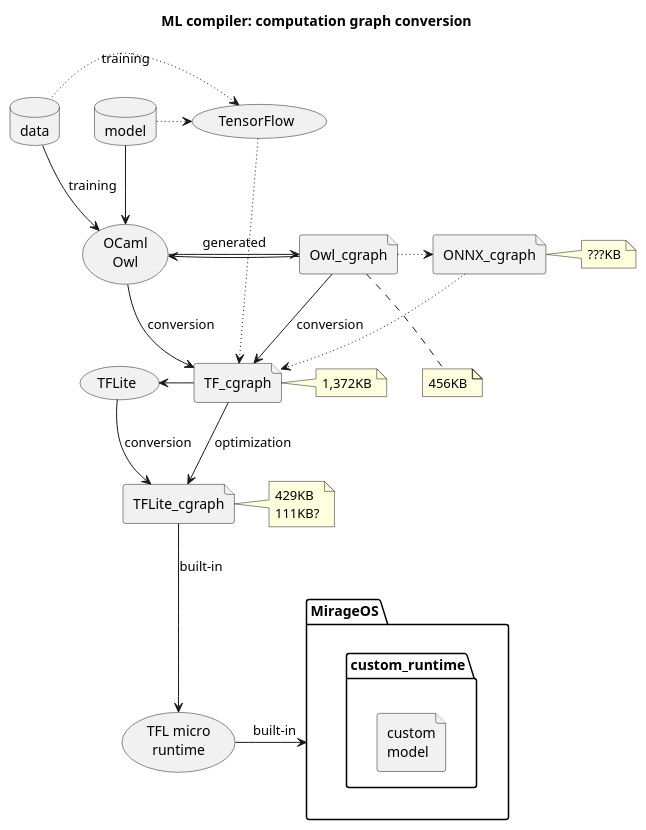
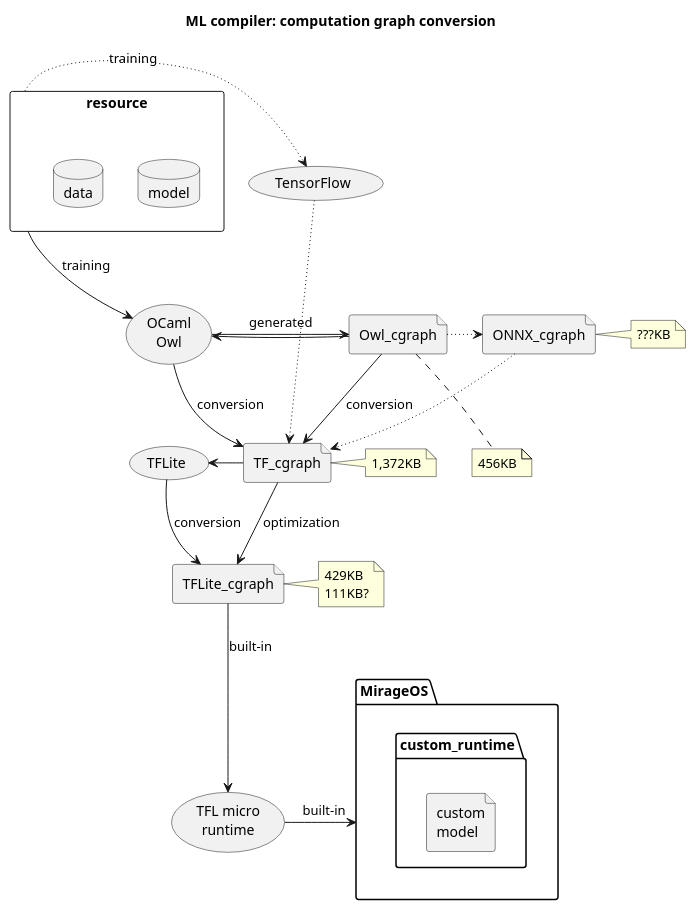
Before and after one commit to doyu/elc2019: the diagram in convert-uc.puml, drawn with PlantUML. The commit also changed 1 other file, not shown here.

Commit message:
convert: model && data in resource

```diff
--- a/convert-uc.puml
+++ b/convert-uc.puml
@@ -1,38 +1,38 @@
 @startuml
 title ML compiler: computation graph conversion
 
-database model
-database data
+rectangle resource {
+        database model
+        database data
+}
 file Owl_cgraph
 note bottom of Owl_cgraph : 456KB
 file TF_cgraph
 note right of TF_cgraph : 1,372KB
 file TFLite_cgraph
 note right of TFLite_cgraph : 429KB\n111KB?
 file ONNX_cgraph
 note right of ONNX_cgraph : ???KB
 folder MirageOS {
         folder custom_runtime {
         	file "custom\nmodel"
 	}
 }
 
 Owl_cgraph -down-> TF_cgraph : conversion
 Owl_cgraph .[dotted]> ONNX_cgraph
 ONNX_cgraph .[dotted]> TF_cgraph
-model .[dotted]> (TensorFlow)
-data .[dotted]> (TensorFlow) : training
+resource .[dotted]> (TensorFlow) : training
 (TensorFlow) .[dotted]> TF_cgraph
 TF_cgraph -down-> TFLite_cgraph : optimization
 TFLite_cgraph -down-> (TFL micro\nruntime) : built-in
 (TFL micro\nruntime) -> MirageOS : built-in
 
-model -down-> (OCaml\nOwl)
-data -down-> (OCaml\nOwl) : training
+resource -down-> (OCaml\nOwl) : training
 (OCaml\nOwl) -> Owl_cgraph : generated
 (OCaml\nOwl) <- Owl_cgraph
 (OCaml\nOwl) -> TF_cgraph : conversion
 (TFLite) <- TF_cgraph
 (TFLite) -> TFLite_cgraph : conversion
 
 @enduml
```
